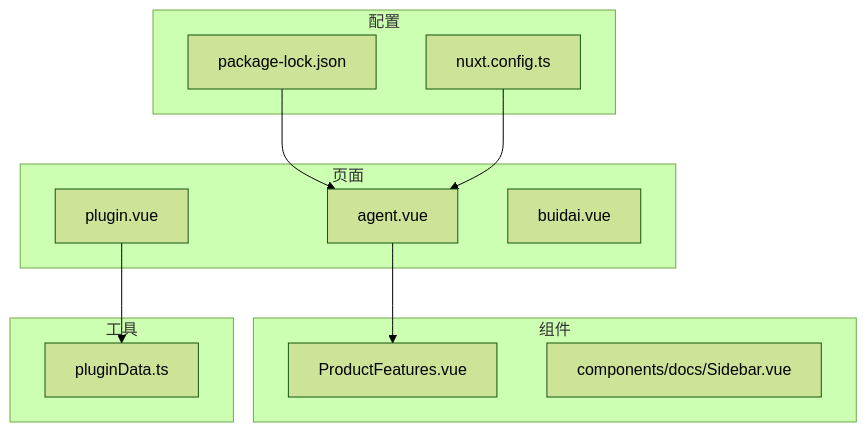
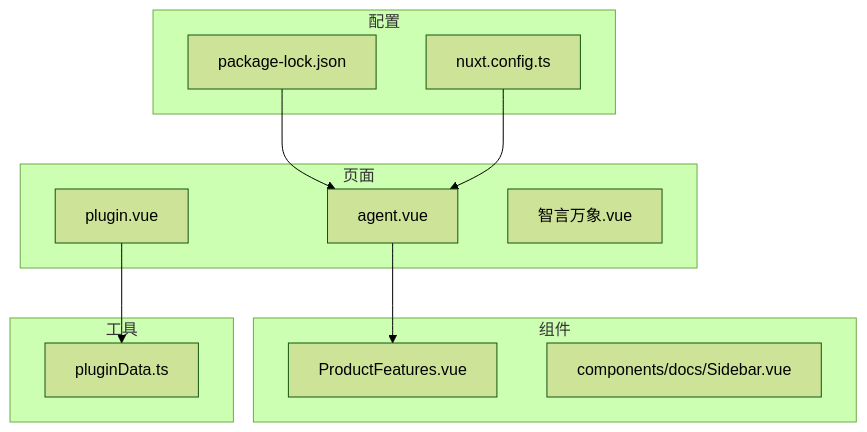
Before and after one commit to lllyyysss77/buidai: the first of 4 diagrams in .qoder/repowiki/zh/content/核心功能/工作流编排与MCP服务/工作流编排引擎/执行调度器.md, drawn with Mermaid (forest theme). The commit also changed other lines of this file and 163 other files, not shown here.

````diff
--- a/.qoder/repowiki/zh/content/核心功能/工作流编排与MCP服务/工作流编排引擎/执行调度器.md
+++ b/.qoder/repowiki/zh/content/核心功能/工作流编排与MCP服务/工作流编排引擎/执行调度器.md
@@ -28,23 +28,23 @@
 ```mermaid
 graph TB
 subgraph "页面"
 agent[agent.vue]
 plugin[plugin.vue]
-buidai[buidai.vue]
+智言万象[智言万象.vue]
 end
 subgraph "组件"
 ProductFeatures[ProductFeatures.vue]
 Sidebar[components/docs/Sidebar.vue]
 end
 subgraph "工具"
 pluginData[pluginData.ts]
 end
 subgraph "配置"
 package[package-lock.json]
 nuxt[nuxt.config.ts]
 end
 agent --> ProductFeatures
 plugin --> pluginData
 package --> agent
 nuxt --> agent
 ```
````
